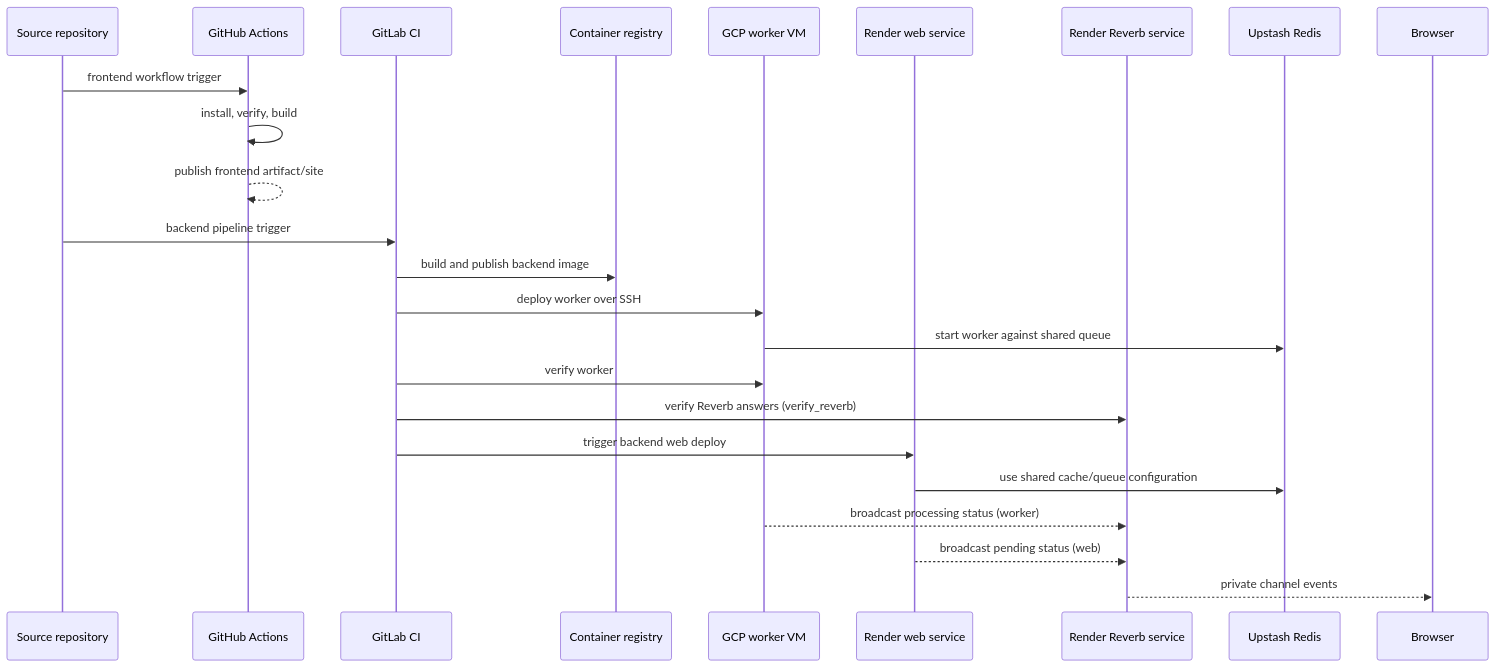
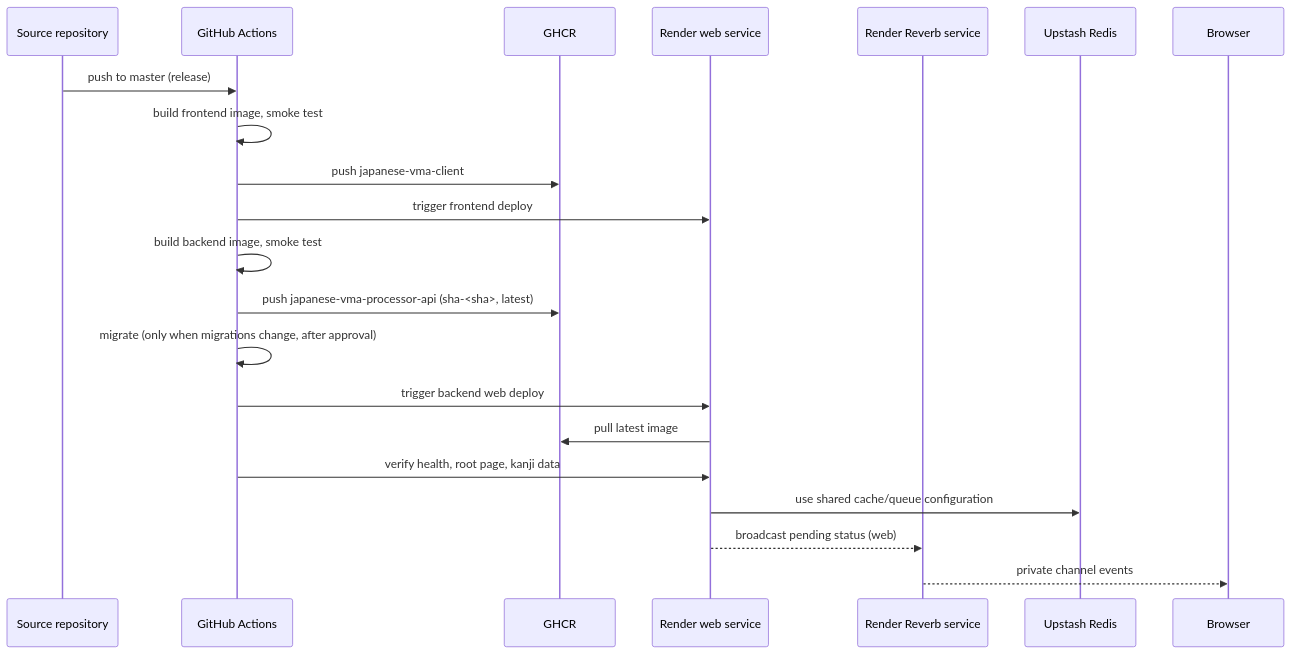
Before and after one commit to av3000/japanese-vma: the diagram in docs/architecture/deployment-and-runtime.md, drawn with Mermaid. The commit also changed other lines of this file and 10 other files, not shown here.

First line of the commit message:
CI-02: backend image built, published to GHCR and deployed to Render from GitHub Actions

````diff
--- a/docs/architecture/deployment-and-runtime.md
+++ b/docs/architecture/deployment-and-runtime.md
@@ -32,27 +33,24 @@
 ```mermaid
 sequenceDiagram
     participant Git as Source repository
     participant GHA as GitHub Actions
-    participant GL as GitLab CI
-    participant Registry as Container registry
-    participant GCP as GCP worker VM
+    participant Registry as GHCR
     participant Render as Render web service
     participant Reverb as Render Reverb service
     participant Redis as Upstash Redis
 
-    Git->>GHA: frontend workflow trigger
-    GHA->>GHA: install, verify, build
-    GHA-->>GHA: publish frontend artifact/site
+    Git->>GHA: push to master (release)
+    GHA->>GHA: build frontend image, smoke test
+    GHA->>Registry: push japanese-vma-client
+    GHA->>Render: trigger frontend deploy
 
-    Git->>GL: backend pipeline trigger
-    GL->>Registry: build and publish backend image
-    GL->>GCP: deploy worker over SSH
-    GCP->>Redis: start worker against shared queue
-    GL->>GCP: verify worker
-    GL->>Reverb: verify Reverb answers (verify_reverb)
-    GL->>Render: trigger backend web deploy
+    GHA->>GHA: build backend image, smoke test
+    GHA->>Registry: push japanese-vma-processor-api (sha-<sha>, latest)
+    GHA->>GHA: migrate (only when migrations change, after approval)
+    GHA->>Render: trigger backend web deploy
+    Render->>Registry: pull latest image
+    GHA->>Render: verify health, root page, kanji data
     Render->>Redis: use shared cache/queue configuration
-    GCP-->>Reverb: broadcast processing status (worker)
     Render-->>Reverb: broadcast pending status (web)
     Reverb-->>Browser: private channel events
 ```
````
